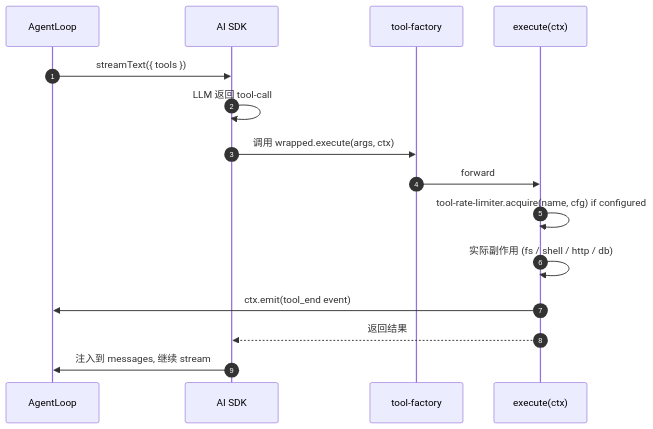
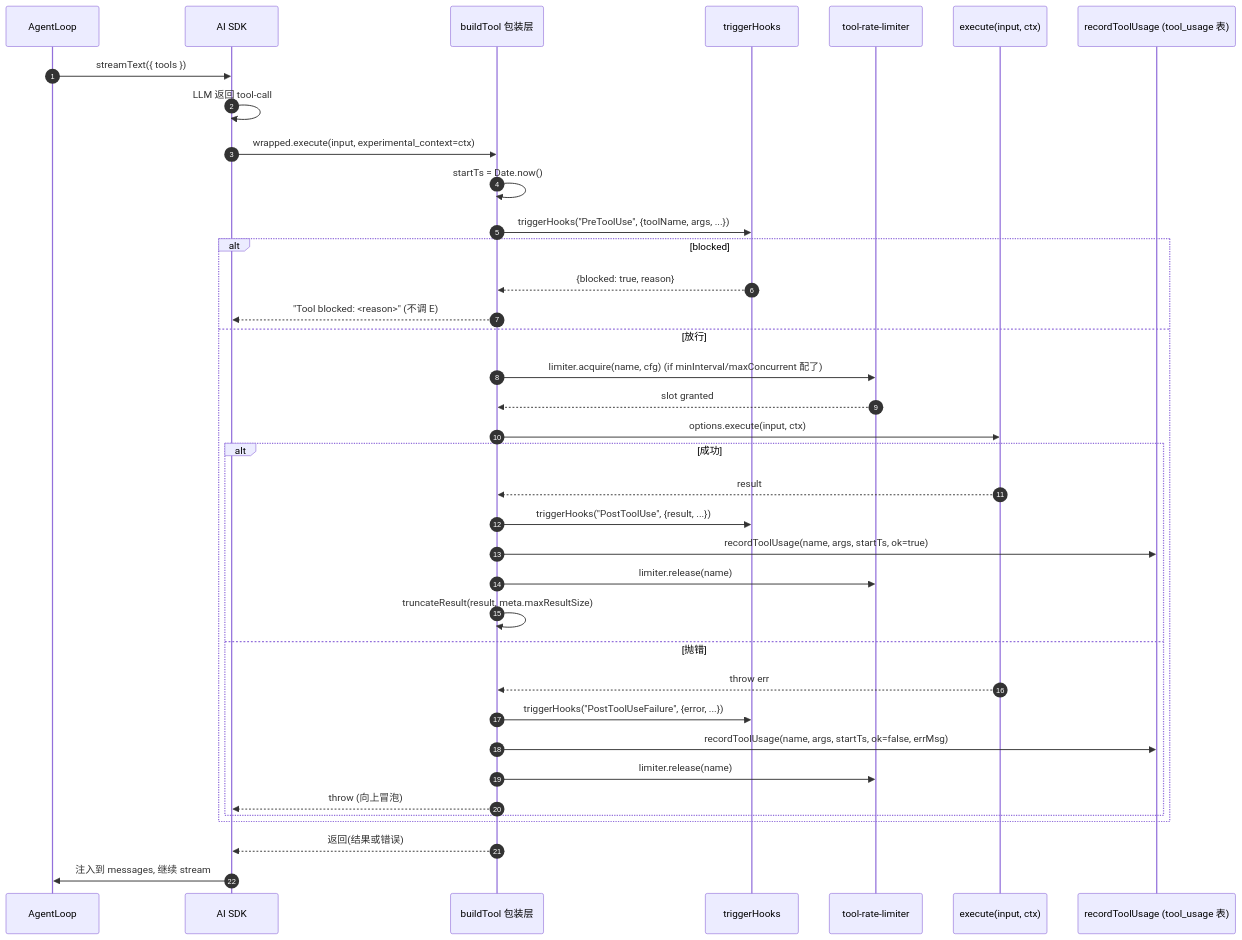
One commit to LanicBlue/zero-core changed the second of 2 diagrams in docs/arch/04-tools-subsystem.md. Above: the diagram before and after it, drawn with Mermaid. The commit also changed other lines of this file and 1 other file, not shown here.

````diff
--- a/docs/arch/04-tools-subsystem.md
+++ b/docs/arch/04-tools-subsystem.md
@@ -209,18 +260,40 @@
 ```mermaid
 sequenceDiagram
     autonumber
     participant A as AgentLoop
     participant AI as AI SDK
-    participant TF as tool-factory
-    participant E as execute(ctx)
+    participant TF as buildTool 包装层
+    participant H as triggerHooks
+    participant RL as tool-rate-limiter
+    participant E as execute(input, ctx)
+    participant TU as recordToolUsage (tool_usage 表)
 
     A->>AI: streamText({ tools })
     AI->>AI: LLM 返回 tool-call
-    AI->>TF: 调用 wrapped.execute(args, ctx)
-    TF->>E: forward
-    E->>E: tool-rate-limiter.acquire(name, cfg) if configured
-    E->>E: 实际副作用 (fs / shell / http / db)
-    E->>A: ctx.emit(tool_end event)
-    E-->>AI: 返回结果
+    AI->>TF: wrapped.execute(input, experimental_context=ctx)
+    TF->>TF: startTs = Date.now()
+    TF->>H: triggerHooks("PreToolUse", {toolName, args, ...})
+    alt blocked
+        H-->>TF: {blocked: true, reason}
+        TF-->>AI: "Tool blocked: <reason>"  (不调 E)
+    else 放行
+        TF->>RL: limiter.acquire(name, cfg) (if minInterval/maxConcurrent 配了)
+        RL-->>TF: slot granted
+        TF->>E: options.execute(input, ctx)
+        alt 成功
+            E-->>TF: result
+            TF->>H: triggerHooks("PostToolUse", {result, ...})
+            TF->>TU: recordToolUsage(name, args, startTs, ok=true)
+            TF->>RL: limiter.release(name)
+            TF->>TF: truncateResult(result, meta.maxResultSize)
+        else 抛错
+            E-->>TF: throw err
+            TF->>H: triggerHooks("PostToolUseFailure", {error, ...})
+            TF->>TU: recordToolUsage(name, args, startTs, ok=false, errMsg)
+            TF->>RL: limiter.release(name)
+            TF-->>AI: throw (向上冒泡)
+        end
+    end
+    TF-->>AI: 返回(结果或错误)
     AI->>A: 注入到 messages, 继续 stream
 ```
````
